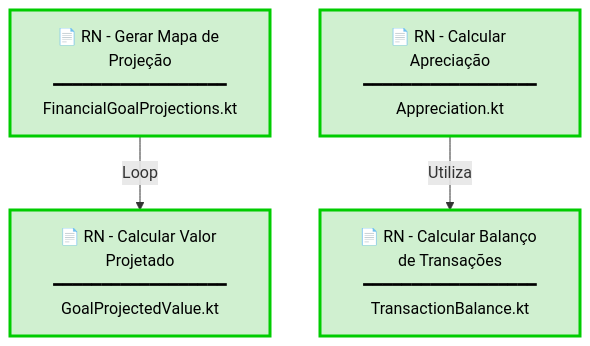
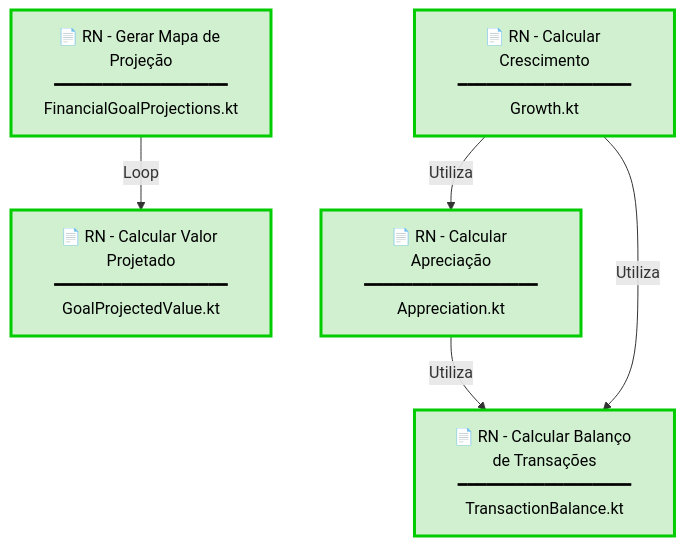
One commit to enirsilvaferraz/Investments-KMP changed the diagram in docs/Modelagem das Regras de Negocio.md. Above: the diagram before and after it, drawn with Mermaid. The commit also changed other lines of this file and 106 other files, not shown here.

````diff
--- a/docs/Modelagem das Regras de Negocio.md
+++ b/docs/Modelagem das Regras de Negocio.md
@@ -9,15 +9,19 @@
 ```mermaid
 graph TB
     RN1["📄 RN - Calcular Balanço de Transações<br/>━━━━━━━━━━━━━━━━━━<br/>TransactionBalance.kt"]
     RN2["📄 RN - Calcular Valor Projetado<br/>━━━━━━━━━━━━━━━━━━<br/>GoalProjectedValue.kt"]
     RN3["📄 RN - Gerar Mapa de Projeção<br/>━━━━━━━━━━━━━━━━━━<br/>FinancialGoalProjections.kt"]
     RN4["📄 RN - Calcular Apreciação<br/>━━━━━━━━━━━━━━━━━━<br/>Appreciation.kt"]
+    RN5["📄 RN - Calcular Crescimento<br/>━━━━━━━━━━━━━━━━━━<br/>Growth.kt"]
     
     RN3 --> | Loop | RN2
     RN4 --> | Utiliza | RN1
+    RN5 --> | Utiliza | RN1
+    RN5 --> | Utiliza | RN4
     
     style RN1 fill:#d0f0d0,stroke:#00cc00,stroke-width:3px,color:#000
     style RN2 fill:#d0f0d0,stroke:#00cc00,stroke-width:3px,color:#000
     style RN3 fill:#d0f0d0,stroke:#00cc00,stroke-width:3px,color:#000
     style RN4 fill:#d0f0d0,stroke:#00cc00,stroke-width:3px,color:#000
+    style RN5 fill:#d0f0d0,stroke:#00cc00,stroke-width:3px,color:#000
 ```
````
